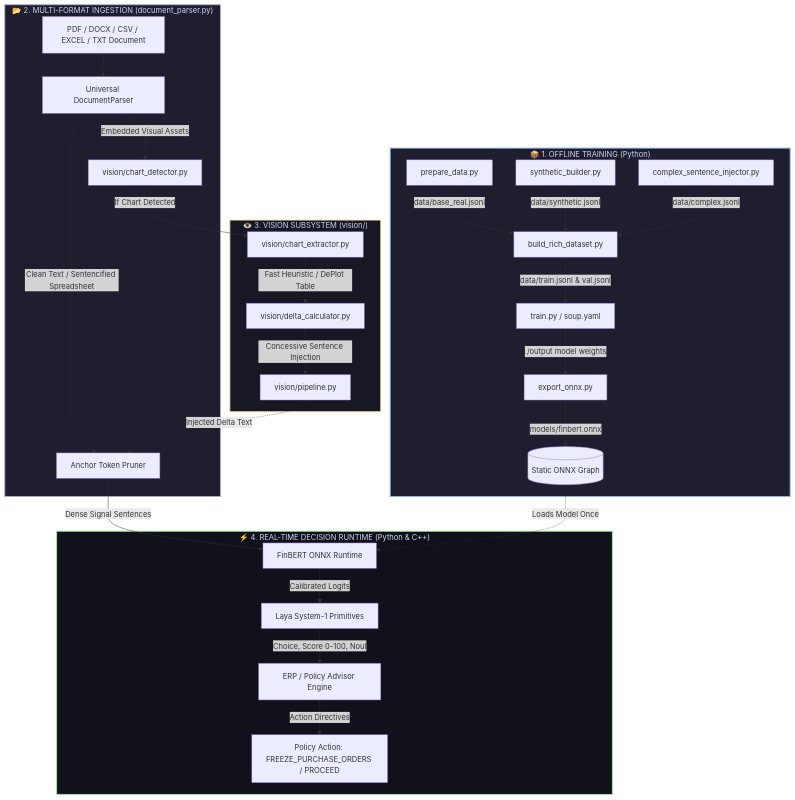
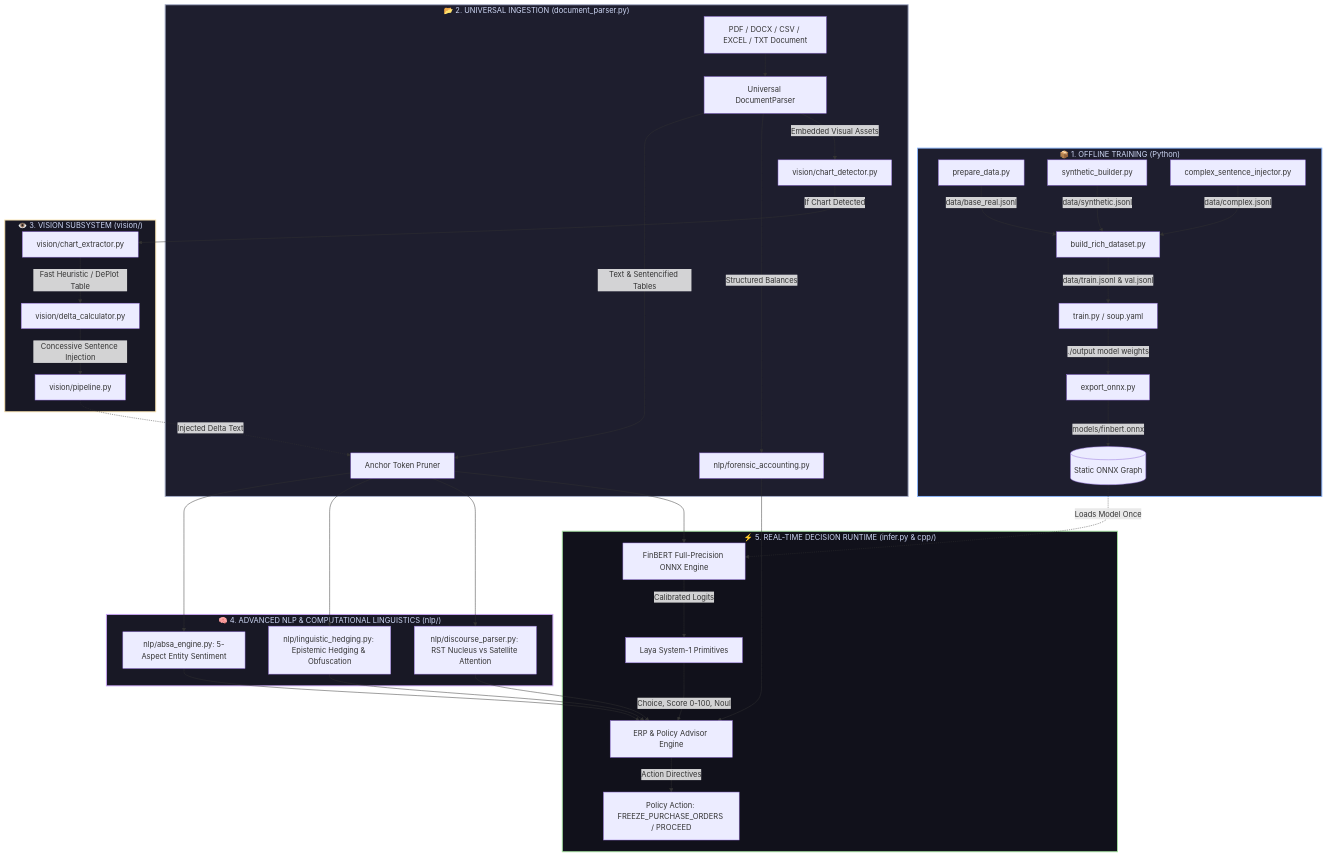
Before and after one commit to Humble-Librarian/Virdixt: the first of 2 diagrams in ARCHITECTURE_WALKTHROUGH.md, drawn with Mermaid. The commit also changed other lines of this file, not shown here.

Commit message:
Update ARCHITECTURE_WALKTHROUGH.md with complete NLP suite and forensic accounting architecture

````diff
--- a/ARCHITECTURE_WALKTHROUGH.md
+++ b/ARCHITECTURE_WALKTHROUGH.md
@@ -12,37 +12,49 @@
 ```mermaid
 flowchart TD
     subgraph Offline_Training["📦 1. OFFLINE TRAINING (Python)"]
         D1[prepare_data.py] -->|data/base_real.jsonl| MDB[build_rich_dataset.py]
         D2[synthetic_builder.py] -->|data/synthetic.jsonl| MDB
         D3[complex_sentence_injector.py] -->|data/complex.jsonl| MDB
         MDB -->|data/train.jsonl & val.jsonl| TR[train.py / soup.yaml]
         TR -->|./output model weights| EXP[export_onnx.py]
         EXP -->|models/finbert.onnx| ONNX_OUT[(Static ONNX Graph)]
     end
 
-    subgraph Document_Ingestion["📂 2. MULTI-FORMAT INGESTION (document_parser.py)"]
+    subgraph Document_Ingestion["📂 2. UNIVERSAL INGESTION (document_parser.py)"]
         DOC[PDF / DOCX / CSV / EXCEL / TXT Document] --> PARSER[Universal DocumentParser]
-        PARSER -->|Clean Text / Sentencified Spreadsheet| PRUN[Anchor Token Pruner]
+        PARSER -->|Text & Sentencified Tables| PRUN[Anchor Token Pruner]
+        PARSER -->|Structured Balances| FOR_ENG[nlp/forensic_accounting.py]
         PARSER -->|Embedded Visual Assets| DET[vision/chart_detector.py]
     end
 
     subgraph Multimodal_Vision["👁️ 3. VISION SUBSYSTEM (vision/)"]
         DET -->|If Chart Detected| EXT[vision/chart_extractor.py]
         EXT -->|Fast Heuristic / DePlot Table| CALC[vision/delta_calculator.py]
         CALC -->|Concessive Sentence Injection| VP[vision/pipeline.py]
         VP -.->|Injected Delta Text| PRUN
     end
 
-    subgraph RealTime_Inference["⚡ 4. REAL-TIME DECISION RUNTIME (Python & C++)"]
-        PRUN -->|Dense Signal Sentences| BACKBONE[FinBERT ONNX Runtime]
+    subgraph Advanced_NLP["🧠 4. ADVANCED NLP & COMPUTATIONAL LINGUISTICS (nlp/)"]
+        PRUN --> ABSA[nlp/absa_engine.py: 5-Aspect Entity Sentiment]
+        PRUN --> HEDGE[nlp/linguistic_hedging.py: Epistemic Hedging & Obfuscation]
+        PRUN --> DISC[nlp/discourse_parser.py: RST Nucleus vs Satellite Attention]
+    end
+
+    subgraph RealTime_Inference["⚡ 5. REAL-TIME DECISION RUNTIME (infer.py & cpp/)"]
+        PRUN --> BACKBONE[FinBERT Full-Precision ONNX Engine]
         ONNX_OUT -.->|Loads Model Once| BACKBONE
         BACKBONE -->|Calibrated Logits| LAYA[Laya System-1 Primitives]
-        LAYA -->|Choice, Score 0-100, Noul| ERP[ERP / Policy Advisor Engine]
+        LAYA -->|Choice, Score 0-100, Noul| ERP[ERP & Policy Advisor Engine]
+        ABSA --> ERP
+        HEDGE --> ERP
+        DISC --> ERP
+        FOR_ENG --> ERP
         ERP -->|Action Directives| ACT[Policy Action: FREEZE_PURCHASE_ORDERS / PROCEED]
     end
 
     style Offline_Training fill:#1e1e2e,stroke:#89b4fa,stroke-width:2px,color:#cdd6f4
     style Document_Ingestion fill:#1e1e2e,stroke:#a6adc8,stroke-width:2px,color:#cdd6f4
     style Multimodal_Vision fill:#181825,stroke:#f9e2af,stroke-width:2px,color:#cdd6f4
+    style Advanced_NLP fill:#181825,stroke:#cba6f7,stroke-width:2px,color:#cdd6f4
     style RealTime_Inference fill:#11111b,stroke:#a6e3a1,stroke-width:2px,color:#cdd6f4
 ```
````
